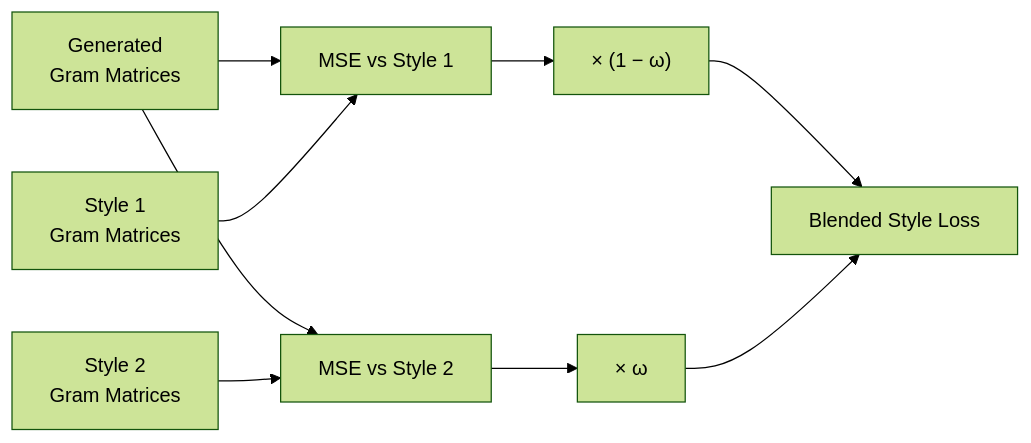
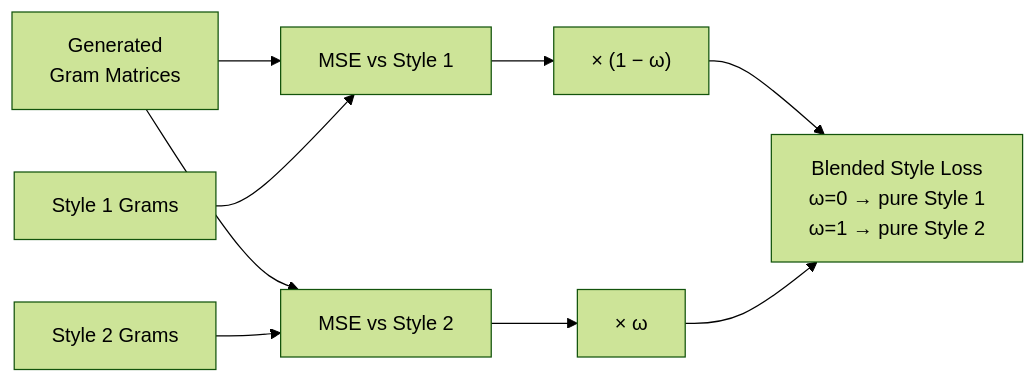
Before and after one commit to vatsal3512/Artistic-Vision-Neural-Style-Transfer-for-Image-Synthesis: the third of 4 diagrams in README.md, drawn with Mermaid (forest theme). The commit also changed other lines of this file, not shown here.

````diff
--- a/README.md
+++ b/README.md
@@ -272,9 +175,9 @@
 ```mermaid
 flowchart LR
     GG["Generated\nGram Matrices"] --> M1["MSE vs Style 1"] & M2["MSE vs Style 2"]
-    GS1["Style 1\nGram Matrices"] --> M1
-    GS2["Style 2\nGram Matrices"] --> M2
+    GS1["Style 1 Grams"] --> M1
+    GS2["Style 2 Grams"] --> M2
     M1 --> W1["× (1 − ω)"]
     M2 --> W2["× ω"]
-    W1 & W2 --> SUM["Blended Style Loss"]
+    W1 & W2 --> OUT["Blended Style Loss\nω=0 → pure Style 1\nω=1 → pure Style 2"]
 ```
````
